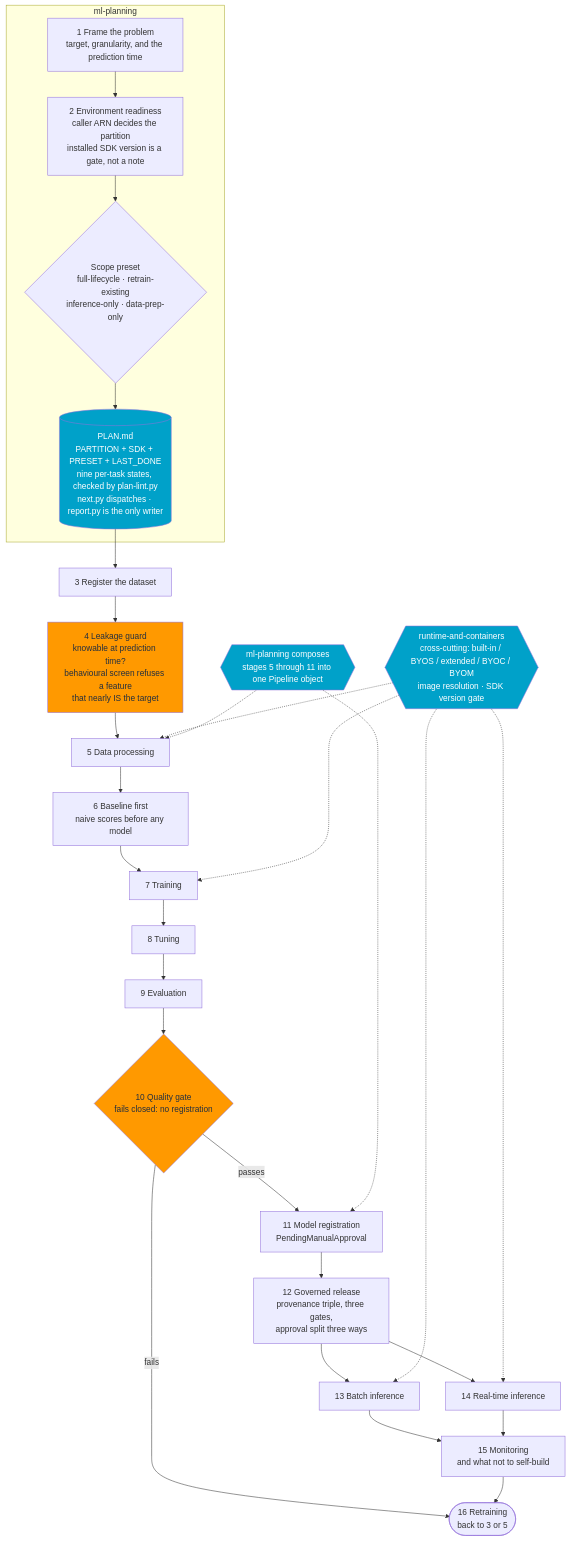
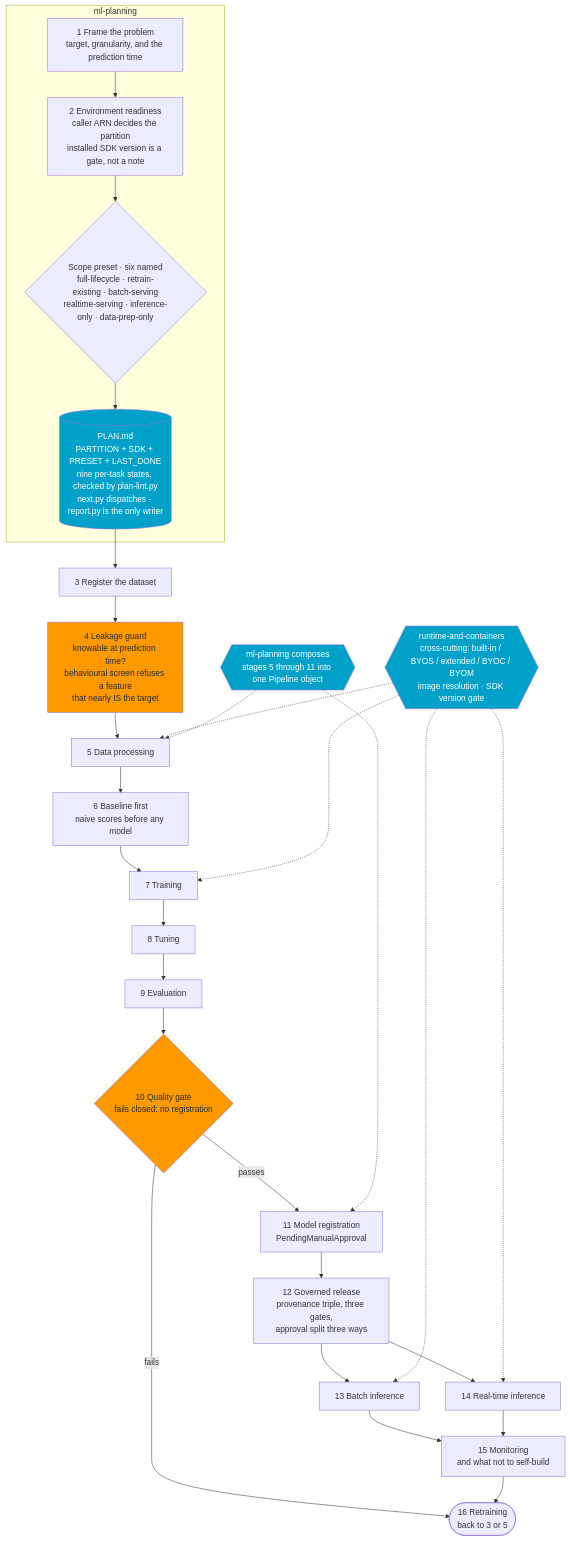
The diagram in README.md (comdaze/sagemaker-mldlc-workflow), drawn with Mermaid before and after one commit. The commit also changed other lines of this file and 3 other files, not shown here.

````diff
--- a/README.md
+++ b/README.md
@@ -24,52 +24,52 @@
 ```mermaid
 flowchart TB
     subgraph PLAN["ml-planning"]
         S1["1 Frame the problem<br/>target, granularity, and the prediction time"]
         S2["2 Environment readiness<br/>caller ARN decides the partition<br/>installed SDK version is a gate, not a note"]
-        PRESET{"Scope preset<br/>full-lifecycle · retrain-existing<br/>inference-only · data-prep-only"}
+        PRESET{"Scope preset · six named<br/>full-lifecycle · retrain-existing · batch-serving<br/>realtime-serving · inference-only · data-prep-only"}
         PMD[("PLAN.md<br/>PARTITION + SDK + PRESET + LAST_DONE<br/>nine per-task states, checked by plan-lint.py<br/>next.py dispatches · report.py is the only writer")]
         S1 --> S2 --> PRESET --> PMD
     end
 
     PMD --> S3
 
     S3["3 Register the dataset"]
     S4["4 Leakage guard<br/>knowable at prediction time?<br/>behavioural screen refuses a feature<br/>that nearly IS the target"]
     S5["5 Data processing"]
     S6["6 Baseline first<br/>naive scores before any model"]
     S7["7 Training"]
     S8["8 Tuning"]
     S9["9 Evaluation"]
     S10{"10 Quality gate<br/>fails closed: no registration"}
     S11["11 Model registration<br/>PendingManualApproval"]
     S12["12 Governed release<br/>provenance triple, three gates,<br/>approval split three ways"]
     S13["13 Batch inference"]
     S14["14 Real-time inference"]
     S15["15 Monitoring<br/>and what not to self-build"]
     S16(["16 Retraining<br/>back to 3 or 5"])
 
     S3 --> S4 --> S5 --> S6 --> S7 --> S8 --> S9 --> S10
     S10 -- passes --> S11 --> S12
     S10 -- fails --> S16
     S12 --> S13
     S12 --> S14
     S13 --> S15
     S14 --> S15
     S15 --> S16
 
     RT{{"runtime-and-containers<br/>cross-cutting: built-in / BYOS / extended / BYOC / BYOM<br/>image resolution · SDK version gate"}}
     RT -.-> S5
     RT -.-> S7
     RT -.-> S13
     RT -.-> S14
 
     PIPE{{"ml-planning composes<br/>stages 5 through 11 into one Pipeline object"}}
     PIPE -.-> S5
     PIPE -.-> S11
 
     style S10 fill:#FF9900,color:#232F3E
     style S4 fill:#FF9900,color:#232F3E
     style RT fill:#00A1C9,color:#ffffff
     style PIPE fill:#00A1C9,color:#ffffff
     style PMD fill:#00A1C9,color:#ffffff
 ```
````
